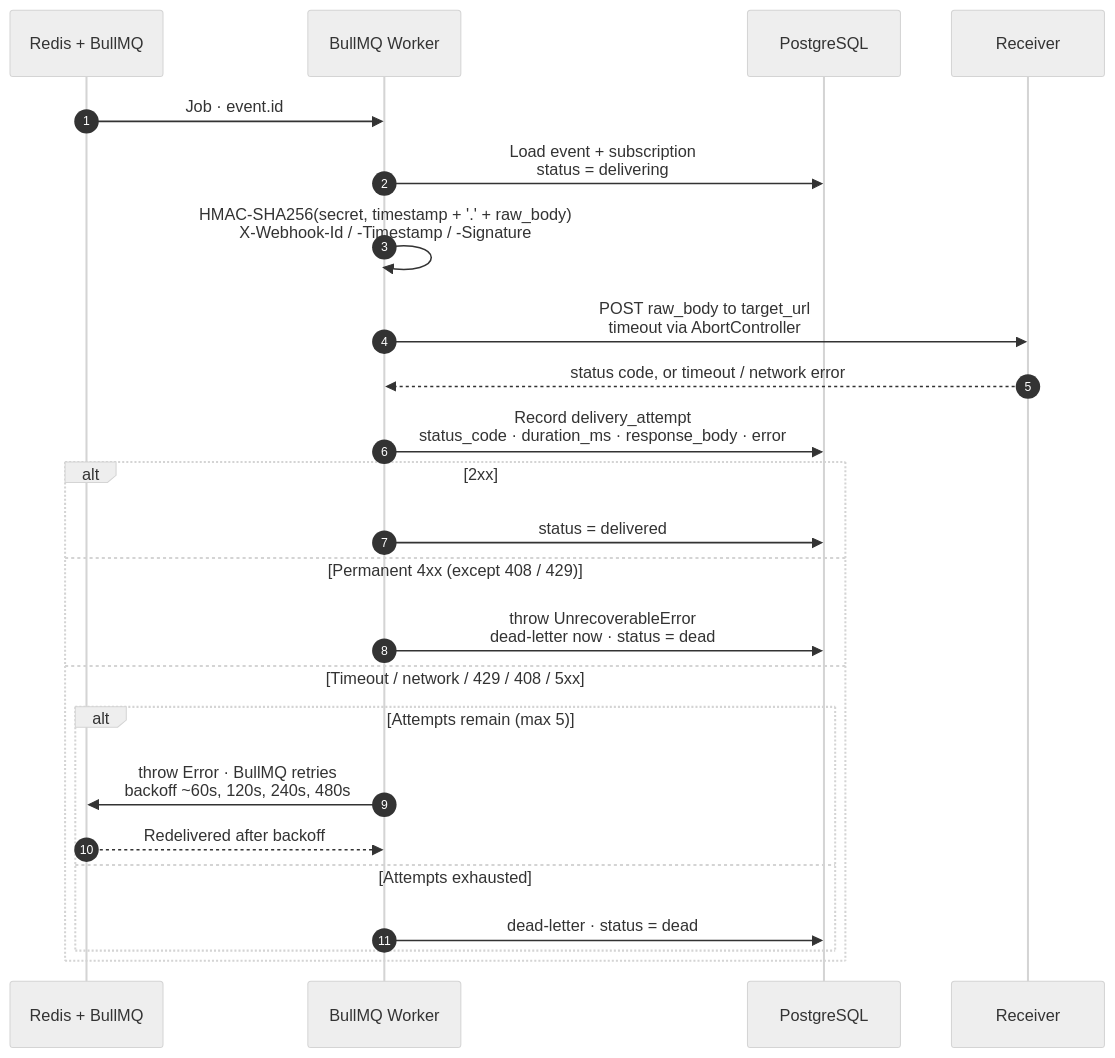
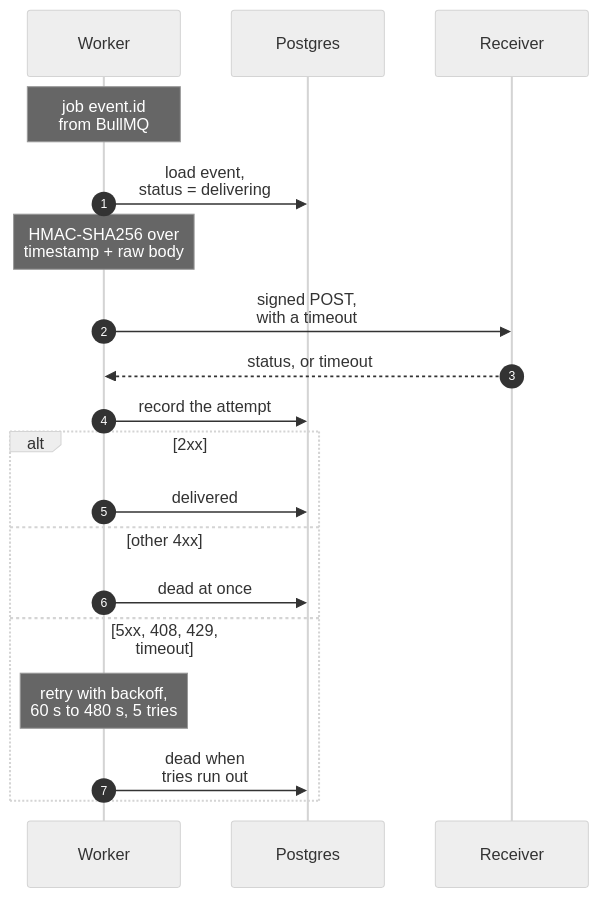
One commit to rishabh0111/rishabh0111.github.io changed the fourth of 6 diagrams in _posts/blogs/2026-09-08-webhook-delivery-engine.md. Above: the diagram before and after it, drawn with Mermaid (neutral theme). The commit also changed other lines of this file, not shown here.

First line of the commit message:
blog(webhook-delivery-engine): phone-sized diagrams

````diff
--- a/_posts/blogs/2026-09-08-webhook-delivery-engine.md
+++ b/_posts/blogs/2026-09-08-webhook-delivery-engine.md
@@ -232,26 +225,21 @@
 ```mermaid
 sequenceDiagram
     autonumber
-    participant Q as Redis + BullMQ
-    participant W as BullMQ Worker
-    participant DB as PostgreSQL
+    participant W as Worker
+    participant DB as Postgres
     participant R as Receiver
-    Q->>W: Job · event.id
-    W->>DB: Load event + subscription<br/>status = delivering
-    W->>W: HMAC-SHA256(secret, timestamp + '.' + raw_body)<br/>X-Webhook-Id / -Timestamp / -Signature
-    W->>R: POST raw_body to target_url<br/>timeout via AbortController
-    R-->>W: status code, or timeout / network error
-    W->>DB: Record delivery_attempt<br/>status_code · duration_ms · response_body · error
+    Note over W: job event.id<br/>from BullMQ
+    W->>DB: load event,<br/>status = delivering
+    Note over W: HMAC-SHA256 over<br/>timestamp + raw body
+    W->>R: signed POST,<br/>with a timeout
+    R-->>W: status, or timeout
+    W->>DB: record the attempt
     alt 2xx
-        W->>DB: status = delivered
-    else Permanent 4xx (except 408 / 429)
-        W->>DB: throw UnrecoverableError<br/>dead-letter now · status = dead
-    else Timeout / network / 429 / 408 / 5xx
-        alt Attempts remain (max 5)
-            W->>Q: throw Error · BullMQ retries<br/>backoff ~60s, 120s, 240s, 480s
-            Q-->>W: Redelivered after backoff
-        else Attempts exhausted
-            W->>DB: dead-letter · status = dead
-        end
+        W->>DB: delivered
+    else other 4xx
+        W->>DB: dead at once
+    else 5xx, 408, 429, timeout
+        Note over W: retry with backoff,<br/>60 s to 480 s, 5 tries
+        W->>DB: dead when<br/>tries run out
     end
 ```
````
